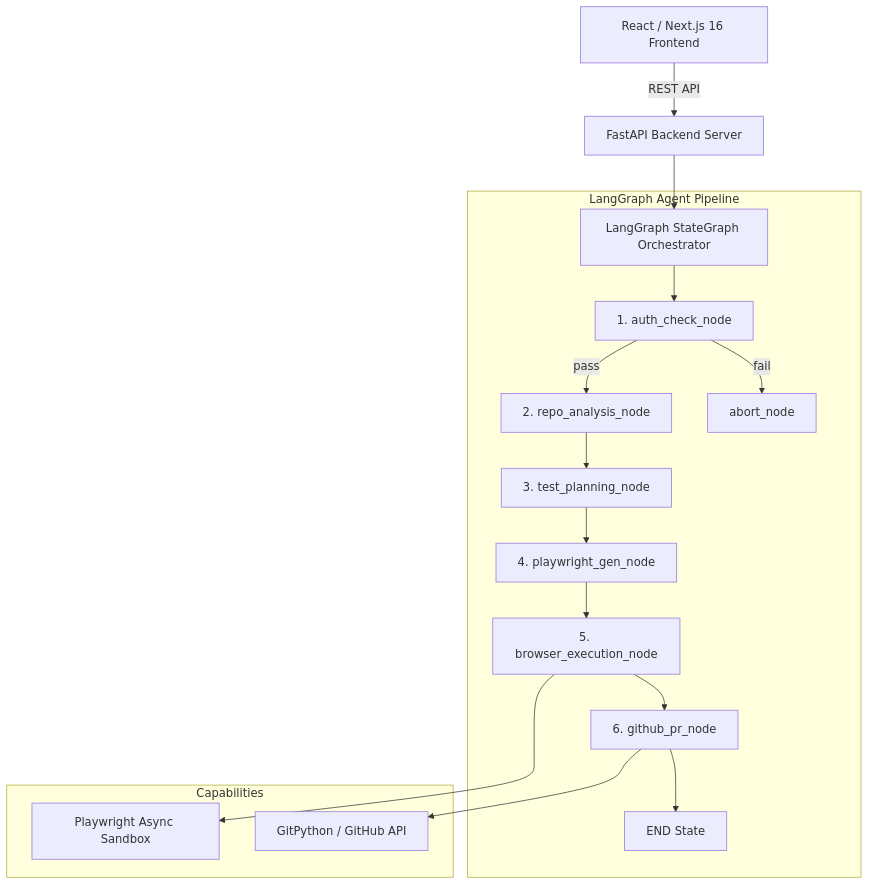
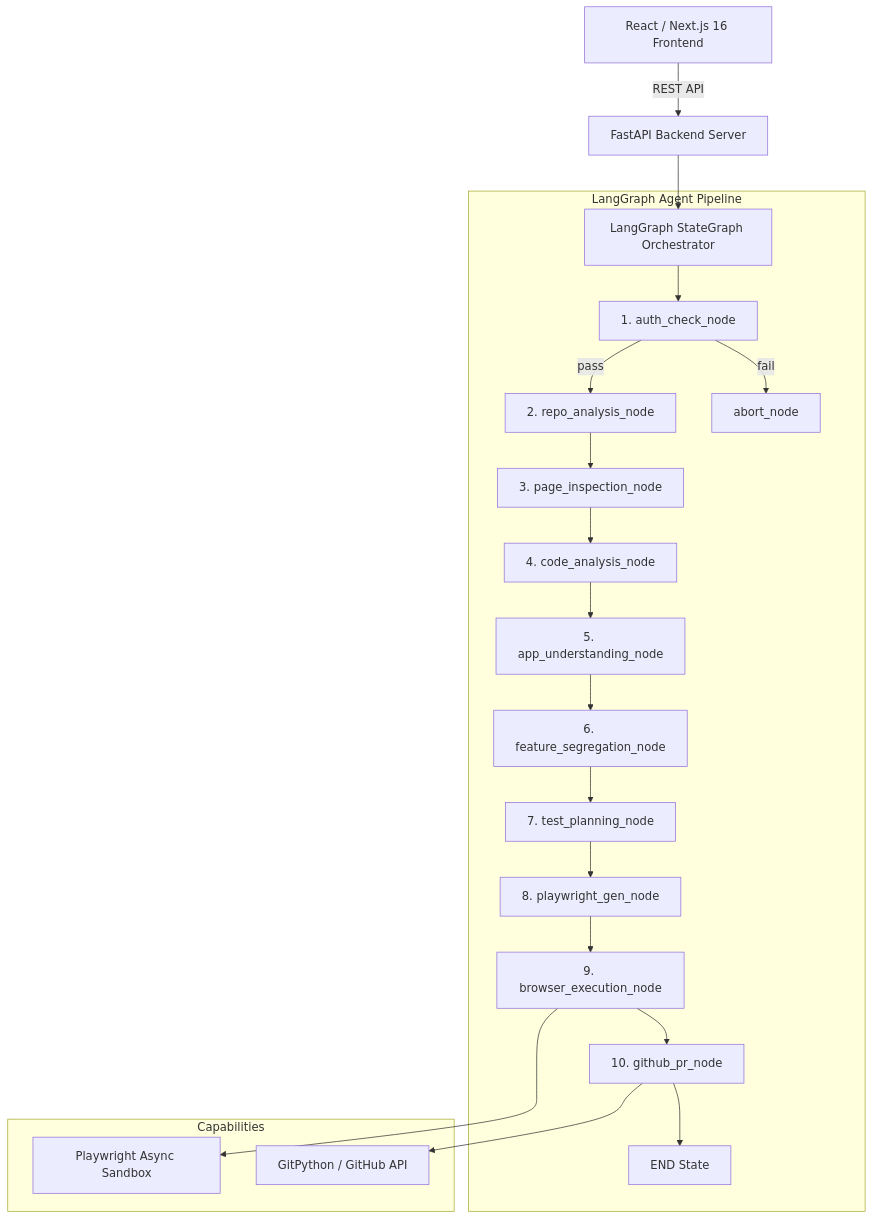
Before and after one commit to suriyaprakash500/Testpilot-AI: the diagram in README.md, drawn with Mermaid. The commit also changed other lines of this file, not shown here.

Commit message:
docs: update README.md with 7-stage QA agent system architecture

````diff
--- a/README.md
+++ b/README.md
@@ -9,21 +9,25 @@
 ```mermaid
 flowchart TD
     FE["React / Next.js 16 Frontend"] -->|REST API| API["FastAPI Backend Server"]
     API --> GRAPH["LangGraph StateGraph Orchestrator"]
 
     subgraph Pipeline["LangGraph Agent Pipeline"]
         GRAPH --> AUTH["1. auth_check_node"]
         AUTH -->|pass| REPO["2. repo_analysis_node"]
         AUTH -->|fail| ABORT["abort_node"]
-        REPO --> PLAN["3. test_planning_node"]
-        PLAN --> GEN["4. playwright_gen_node"]
-        GEN --> EXEC["5. browser_execution_node"]
-        EXEC --> PR["6. github_pr_node"]
+        REPO --> INSP["3. page_inspection_node"]
+        INSP --> CODE["4. code_analysis_node"]
+        CODE --> UND["5. app_understanding_node"]
+        UND --> SEG["6. feature_segregation_node"]
+        SEG --> PLAN["7. test_planning_node"]
+        PLAN --> GEN["8. playwright_gen_node"]
+        GEN --> EXEC["9. browser_execution_node"]
+        EXEC --> PR["10. github_pr_node"]
         PR --> DONE["END State"]
     end
 
     subgraph Capabilities["Capabilities"]
         EXEC --> PW["Playwright Async Sandbox"]
         PR --> GIT["GitPython / GitHub API"]
     end
 ```
````
